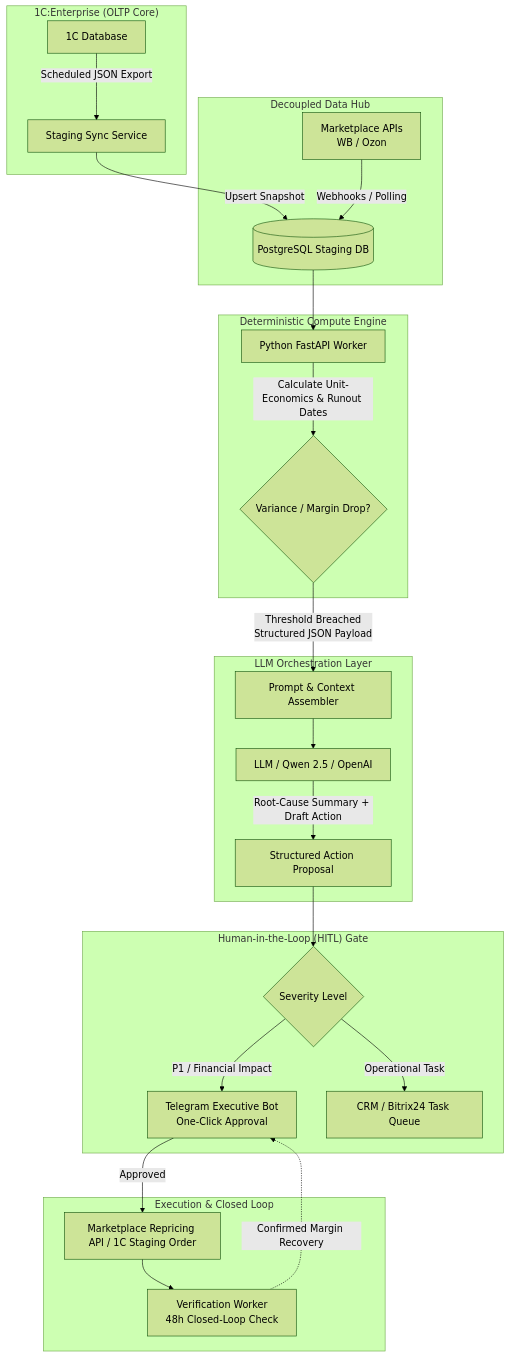
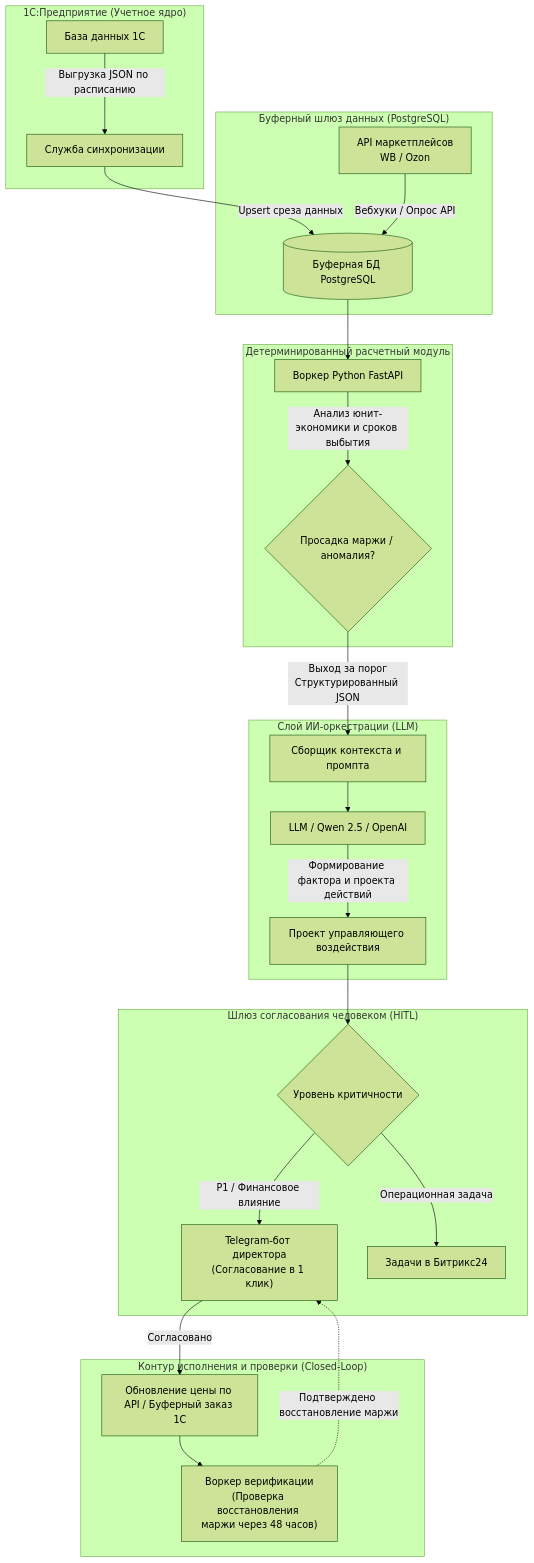
One commit to reVilek2/enterprise-ai-patterns changed the diagram in docs/1c-llm-pipeline.md. Above: the diagram before and after it, drawn with Mermaid (forest theme). The commit also changed other lines of this file and 1 other file, not shown here.

Commit message:
docs: translate architecture pattern and readme to russian

````diff
--- a/docs/1c-llm-pipeline.md
+++ b/docs/1c-llm-pipeline.md
@@ -9,34 +9,34 @@
 ```mermaid
 flowchart TD
-    subgraph Accounting_Core["1C:Enterprise (OLTP Core)"]
-        A1[1C Database] -->|Scheduled JSON Export| A2[Staging Sync Service]
+    subgraph Accounting_Core["1С:Предприятие (Учетное ядро)"]
+        A1["База данных 1С"] -->|Выгрузка JSON по расписанию| A2["Служба синхронизации"]
     end
 
-    subgraph Data_Layer["Decoupled Data Hub"]
-        A2 -->|Upsert Snapshot| B1[(PostgreSQL Staging DB)]
-        MP[Marketplace APIs<br/>WB / Ozon] -->|Webhooks / Polling| B1
+    subgraph Data_Layer["Буферный шлюз данных (PostgreSQL)"]
+        A2 -->|Upsert среза данных| B1[("Буферная БД PostgreSQL")]
+        MP["API маркетплейсов<br/>WB / Ozon"] -->|Вебхуки / Опрос API| B1
     end
 
-    subgraph Analytics_Engine["Deterministic Compute Engine"]
-        B1 --> C1[Python FastAPI Worker]
-        C1 -->|Calculate Unit-Economics & Runout Dates| C2{Variance / Margin Drop?}
+    subgraph Analytics_Engine["Детерминированный расчетный модуль"]
+        B1 --> C1["Воркер Python FastAPI"]
+        C1 -->|Анализ юнит-экономики и сроков выбытия| C2{"Просадка маржи / аномалия?"}
     end
 
-    subgraph AI_Reasoning["LLM Orchestration Layer"]
-        C2 -->|Threshold Breached<br/>Structured JSON Payload| D1[Prompt & Context Assembler]
-        D1 --> D2[LLM / Qwen 2.5 / OpenAI]
-        D2 -->|Root-Cause Summary + Draft Action| D3[Structured Action Proposal]
+    subgraph AI_Reasoning["Слой ИИ-оркестрации (LLM)"]
+        C2 -->|Выход за порог<br/>Структурированный JSON| D1["Сборщик контекста и промпта"]
+        D1 --> D2["LLM / Qwen 2.5 / OpenAI"]
+        D2 -->|Формирование фактора и проекта действий| D3["Проект управляющего воздействия"]
     end
 
-    subgraph Human_Gate["Human-in-the-Loop (HITL) Gate"]
-        D3 --> E1{Severity Level}
-        E1 -->|P1 / Financial Impact| E2[Telegram Executive Bot<br/>One-Click Approval]
-        E1 -->|Operational Task| E3[CRM / Bitrix24 Task Queue]
+    subgraph Human_Gate["Шлюз согласования человеком (HITL)"]
+        D3 --> E1{"Уровень критичности"}
+        E1 -->|P1 / Финансовое влияние| E2["Telegram-бот директора<br/>(Согласование в 1 клик)"]
+        E1 -->|Операционная задача| E3["Задачи в Битрикс24"]
     end
 
-    subgraph Execution_Loop["Execution & Closed Loop"]
-        E2 -->|Approved| F1[Marketplace Repricing API / 1C Staging Order]
-        F1 --> F2[Verification Worker<br/>48h Closed-Loop Check]
-        F2 -.->|Confirmed Margin Recovery| E2
+    subgraph Execution_Loop["Контур исполнения и проверки (Closed-Loop)"]
+        E2 -->|Согласовано| F1["Обновление цены по API / Буферный заказ 1C"]
+        F1 --> F2["Воркер верификации<br/>(Проверка восстановления маржи через 48 часов)"]
+        F2 -.->|Подтверждено восстановление маржи| E2
     end
 ```
````
